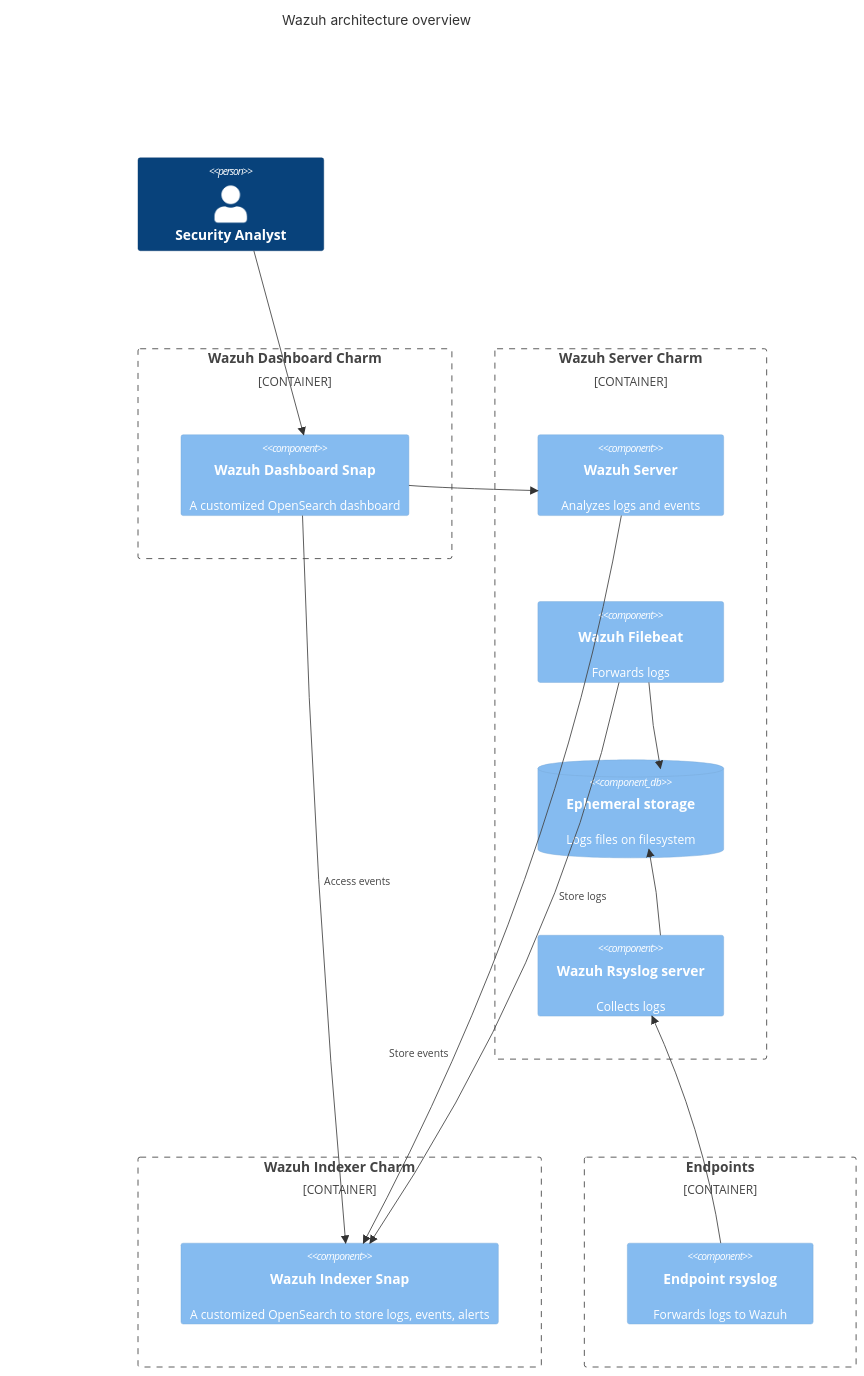
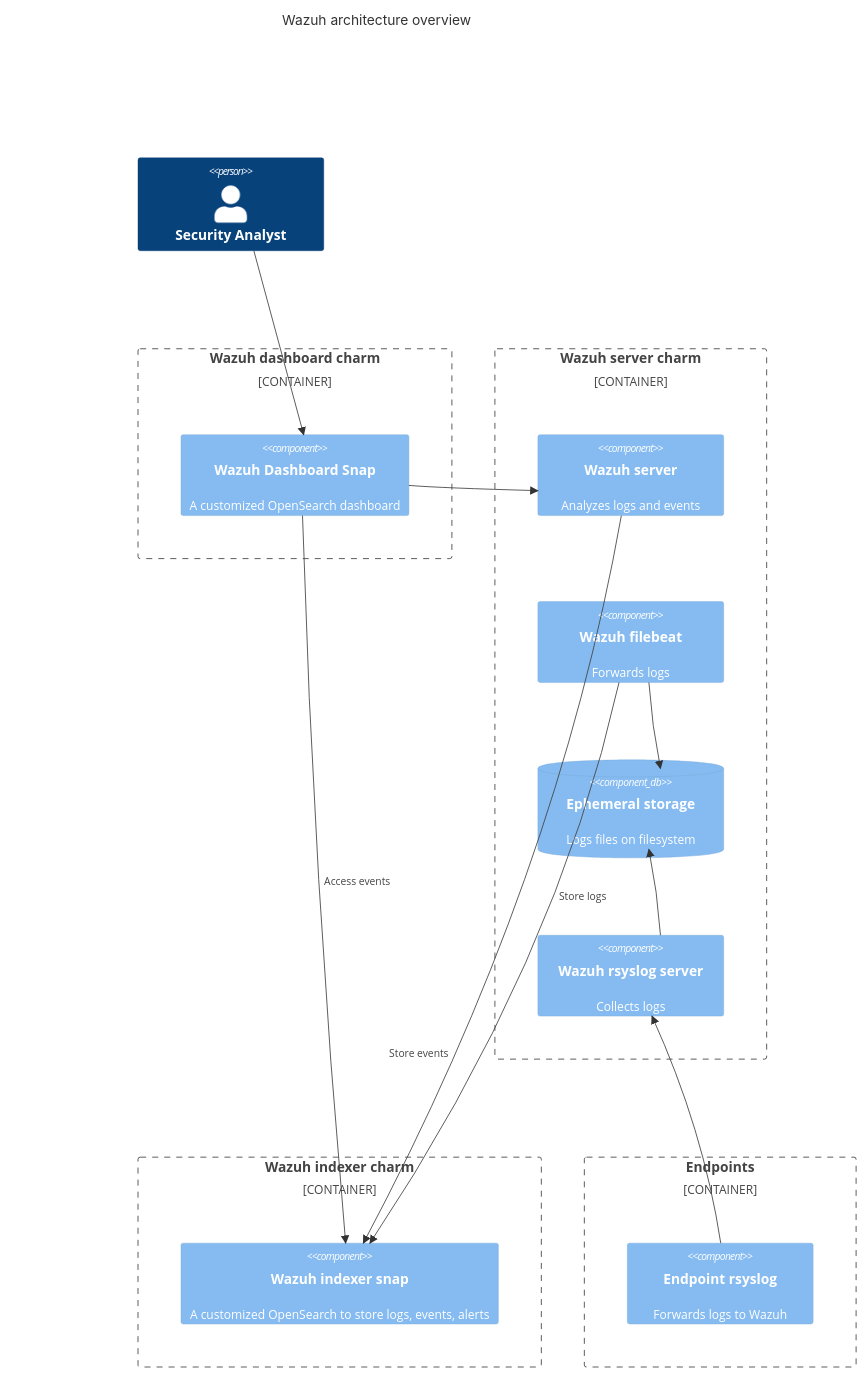
Before and after one commit to canonical/wazuh-server-operator: the diagram in docs/explanation/architecture-overview.md, drawn with Mermaid. The commit also changed other lines of this file and 1 other file, not shown here.

Commit message:
Lowercase Server

````diff
--- a/docs/explanation/architecture-overview.md
+++ b/docs/explanation/architecture-overview.md
@@ -8,42 +7,42 @@
 ```mermaid
 C4Context
 title Wazuh architecture overview
 
 Person(security-analyst, "Security Analyst", "")
 Rel(security-analyst, wazuh-dashboard, "")
 
-Container_Boundary(wazuh-dashboard, "Wazuh Dashboard Charm") {
+Container_Boundary(wazuh-dashboard, "Wazuh dashboard charm") {
     Component(wazuh-dashboard, "Wazuh Dashboard Snap", "","A customized OpenSearch dashboard")
 }
 
 
-Container_Boundary(synapse, "Wazuh Server Charm") {
-  Component(wazuh-server, "Wazuh Server", "", "Analyzes logs and events")
-  Component(wazuh-filebeat, "Wazuh Filebeat", "", "Forwards logs")
+Container_Boundary(synapse, "Wazuh server charm") {
+  Component(wazuh-server, "Wazuh server", "", "Analyzes logs and events")
+  Component(wazuh-filebeat, "Wazuh filebeat", "", "Forwards logs")
   ComponentDb(filesystem, "Ephemeral storage", "", "Logs files on filesystem")
-  Component(wazuh-rsyslog, "Wazuh Rsyslog server", "", "Collects logs")
+  Component(wazuh-rsyslog, "Wazuh rsyslog server", "", "Collects logs")
   Rel(wazuh-rsyslog, filesystem,"")
   Rel(wazuh-filebeat, filesystem,"")
 }
 Rel(wazuh-filebeat, wazuh-indexer,"Store logs")
 
-Container_Boundary(wazuh-indexer, "Wazuh Indexer Charm") {
-    Component(wazuh-indexer, "Wazuh Indexer Snap", "","A customized OpenSearch to store logs, events, alerts")
+Container_Boundary(wazuh-indexer, "Wazuh indexer charm") {
+    Component(wazuh-indexer, "Wazuh indexer snap", "","A customized OpenSearch to store logs, events, alerts")
 }
 
 
 Container_Boundary(endpoints, "Endpoints") {
     Component(endpoint-rsyslog, "Endpoint rsyslog", "","Forwards logs to Wazuh")
 }
 
 
 Rel(wazuh-server, wazuh-indexer, "Store events")
 Rel(wazuh-dashboard, wazuh-indexer, "Access events")
 Rel(wazuh-dashboard, wazuh-server, "")
 Rel(endpoint-rsyslog, wazuh-rsyslog, "")
 
 UpdateRelStyle(wazuh-server, wazuh-indexer, $offsetX="-120", $offsetY="200")
 UpdateRelStyle(wazuh-filebeat, wazuh-indexer, $offsetX="75", $offsetY="-80")
 
 UpdateLayoutConfig($c4ShapeInRow="2", $c4BoundaryInRow="2")
 ```
````
